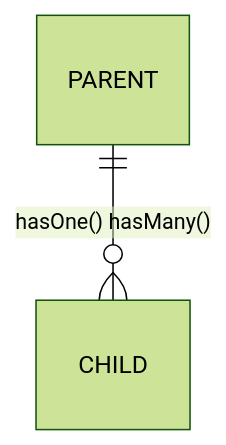
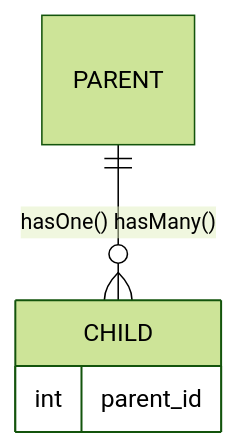
Before and after one commit to judgej/laravel-stuff: the diagram in one-to-many.mermaid, drawn with Mermaid (forest theme).

```diff
--- a/one-to-many.mermaid
+++ b/one-to-many.mermaid
@@ -1,2 +1,5 @@
 erDiagram
-          PARENT ||--o{ CHILD : "hasOne() hasMany()"
+    PARENT ||--o{ CHILD : "hasOne() hasMany()"
+    CHILD {
+        int parent_id
+    }
```
